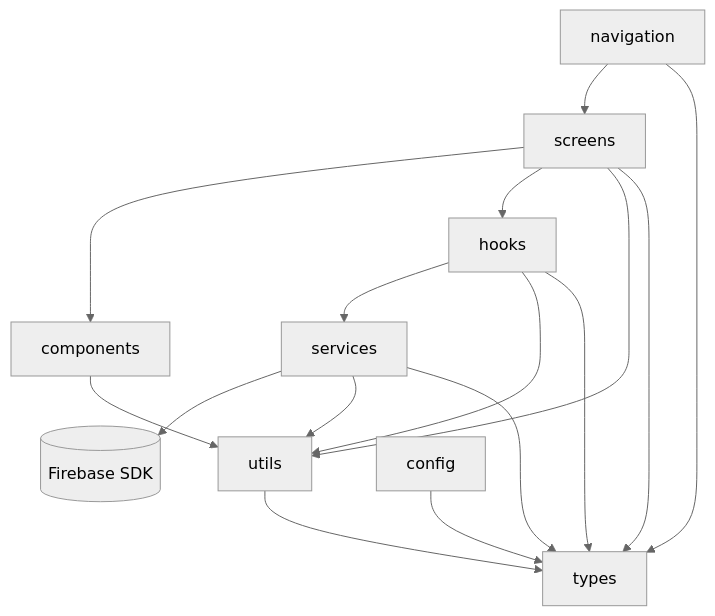
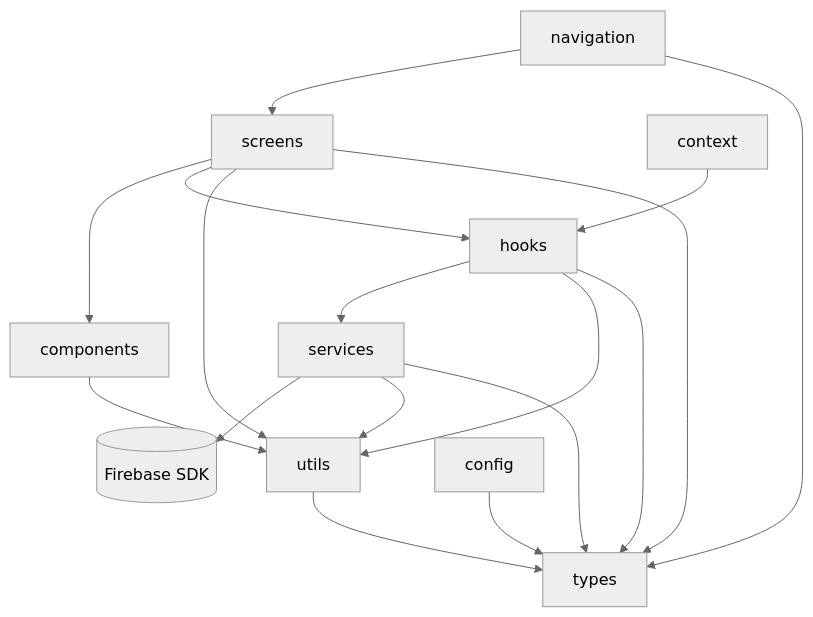
One commit to NYClay/Goald changed the diagram in docs/Architecture.md. Above: the diagram before and after it, drawn with Mermaid (neutral theme). The commit also changed other lines of this file and 70 other files, not shown here.

````diff
--- a/docs/Architecture.md
+++ b/docs/Architecture.md
@@ -47,18 +51,19 @@
 ```mermaid
 flowchart TD
     screens --> components
     screens --> hooks
     hooks --> services
     services --> Firebase[(Firebase SDK)]
     hooks --> utils
     services --> utils
     screens --> utils
     components --> utils
+    context --> hooks
     utils --> types
     hooks --> types
     services --> types
     screens --> types
     config --> types
     navigation --> screens
     navigation --> types
 ```
````
